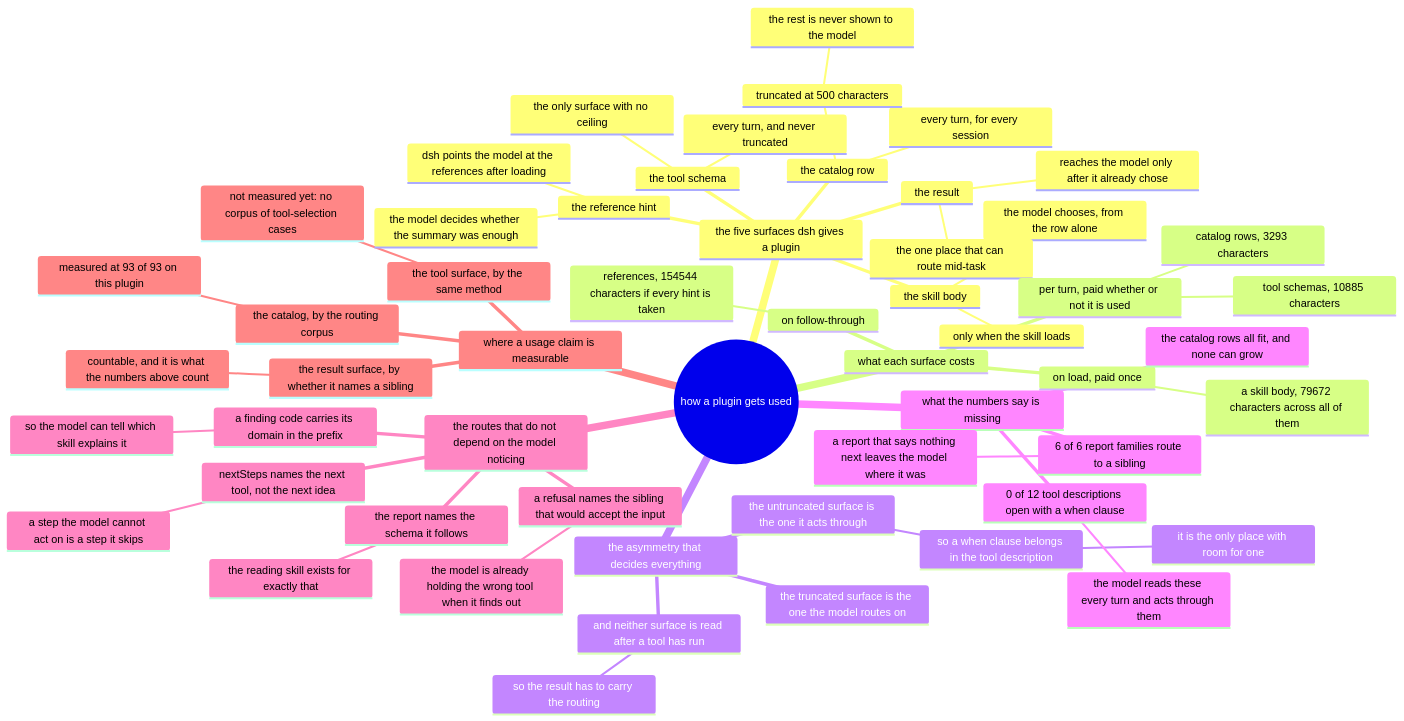
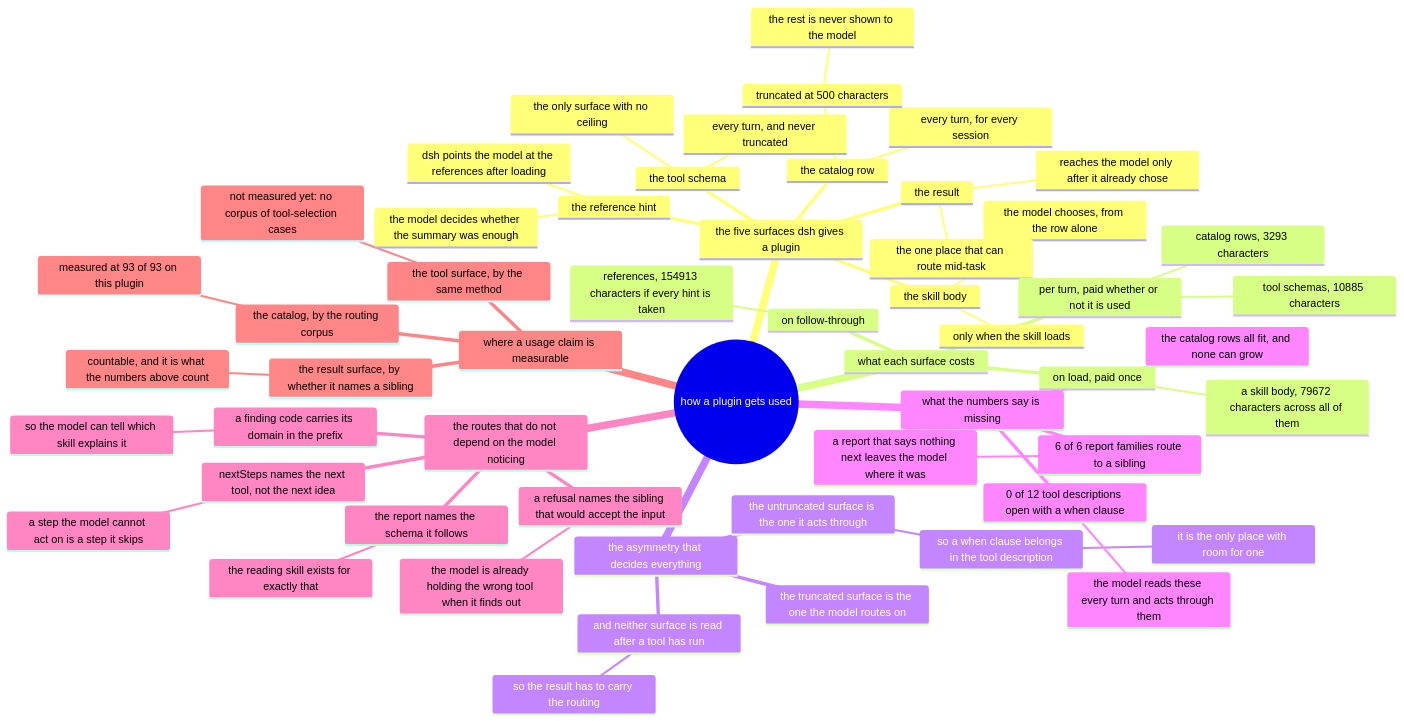
The diagram in docs/usage/mindmap.mmd (AmethystLuna/dsh-model-everything), drawn with Mermaid before and after one commit. The commit also changed 7 other files, not shown here.

```diff
--- a/docs/usage/mindmap.mmd
+++ b/docs/usage/mindmap.mmd
@@ -1,56 +1,56 @@
 mindmap
 root((how a plugin gets used))
   the five surfaces dsh gives a plugin
     the catalog row
       every turn, for every session
       truncated at 500 characters
         the rest is never shown to the model
     the skill body
       only when the skill loads
       the model chooses, from the row alone
     the reference hint
       dsh points the model at the references after loading
       the model decides whether the summary was enough
     the tool schema
       every turn, and never truncated
       the only surface with no ceiling
     the result
       reaches the model only after it already chose
       the one place that can route mid-task
   what each surface costs
     per turn, paid whether or not it is used
       catalog rows, 3293 characters
       tool schemas, 10885 characters
     on load, paid once
       a skill body, 79672 characters across all of them
     on follow-through
-      references, 154544 characters if every hint is taken
+      references, 154913 characters if every hint is taken
   the asymmetry that decides everything
     the truncated surface is the one the model routes on
     the untruncated surface is the one it acts through
       so a when clause belongs in the tool description
         it is the only place with room for one
     and neither surface is read after a tool has run
       so the result has to carry the routing
   what the numbers say is missing
     0 of 12 tool descriptions open with a when clause
       the model reads these every turn and acts through them
     6 of 6 report families route to a sibling
       a report that says nothing next leaves the model where it was
     the catalog rows all fit, and none can grow
   the routes that do not depend on the model noticing
     a refusal names the sibling that would accept the input
       the model is already holding the wrong tool when it finds out
     nextSteps names the next tool, not the next idea
       a step the model cannot act on is a step it skips
     a finding code carries its domain in the prefix
       so the model can tell which skill explains it
     the report names the schema it follows
       the reading skill exists for exactly that
   where a usage claim is measurable
     the catalog, by the routing corpus
       measured at 93 of 93 on this plugin
     the tool surface, by the same method
       not measured yet: no corpus of tool-selection cases
     the result surface, by whether it names a sibling
       countable, and it is what the numbers above count
```
